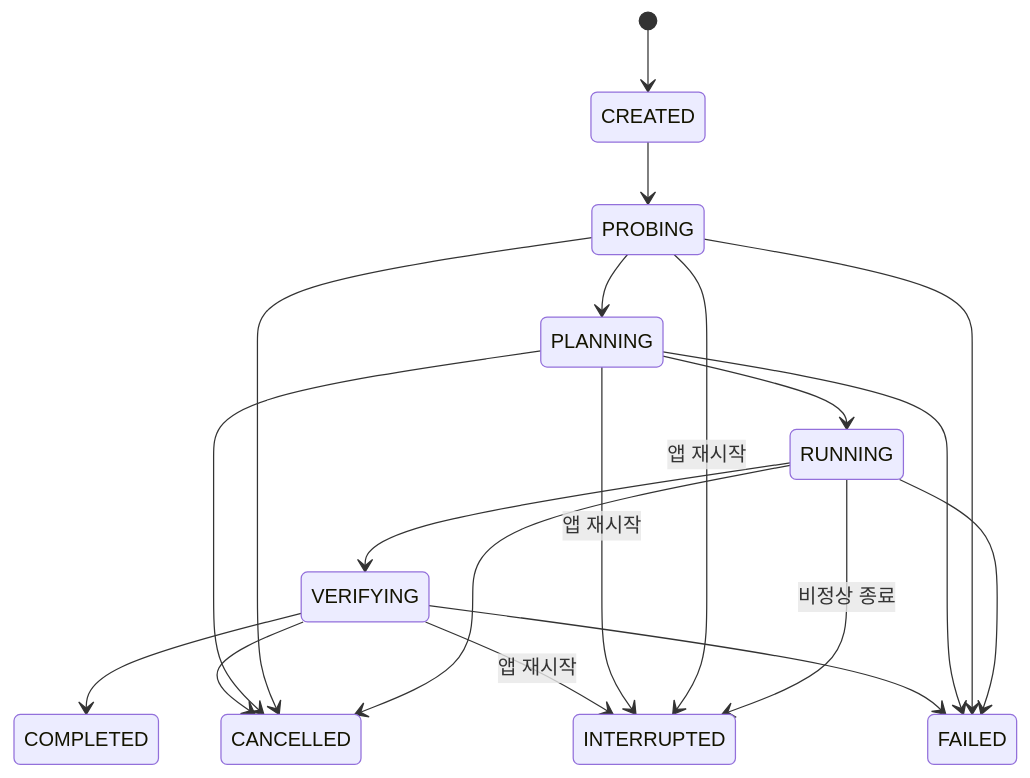
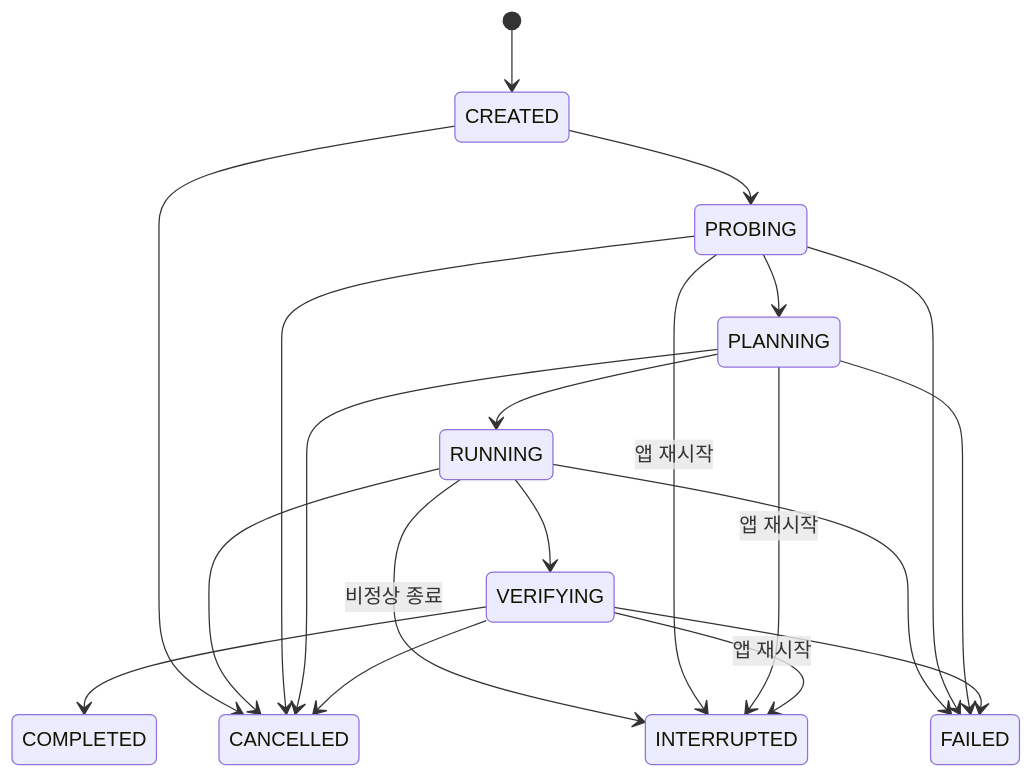
One commit to zooslab/zoos-upscale changed the seventh of 9 diagrams in ARCHITECTURE.md. Above: the diagram before and after it, drawn with Mermaid. The commit also changed other lines of this file and 2 other files, not shown here.

````diff
--- a/ARCHITECTURE.md
+++ b/ARCHITECTURE.md
@@ -310,22 +320,23 @@
 ```mermaid
 stateDiagram-v2
     [*] --> CREATED
     CREATED --> PROBING
+    CREATED --> CANCELLED
     PROBING --> PLANNING
     PLANNING --> RUNNING
     RUNNING --> VERIFYING
     VERIFYING --> COMPLETED
 
     RUNNING --> CANCELLED
     PROBING --> CANCELLED
     PLANNING --> CANCELLED
     VERIFYING --> CANCELLED
     RUNNING --> FAILED
     RUNNING --> INTERRUPTED: 비정상 종료
     PROBING --> INTERRUPTED: 앱 재시작
     PLANNING --> INTERRUPTED: 앱 재시작
     VERIFYING --> INTERRUPTED: 앱 재시작
     PROBING --> FAILED
     PLANNING --> FAILED
     VERIFYING --> FAILED
 ```
````
